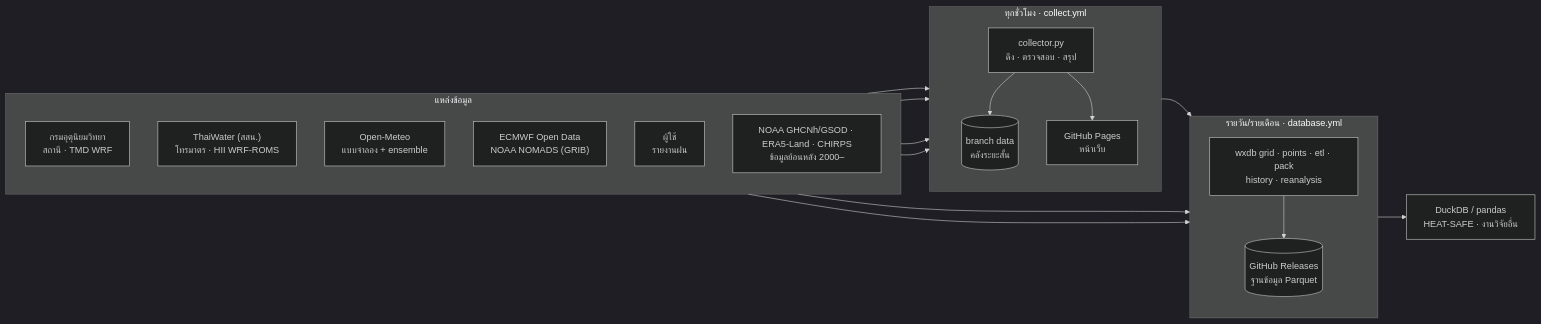
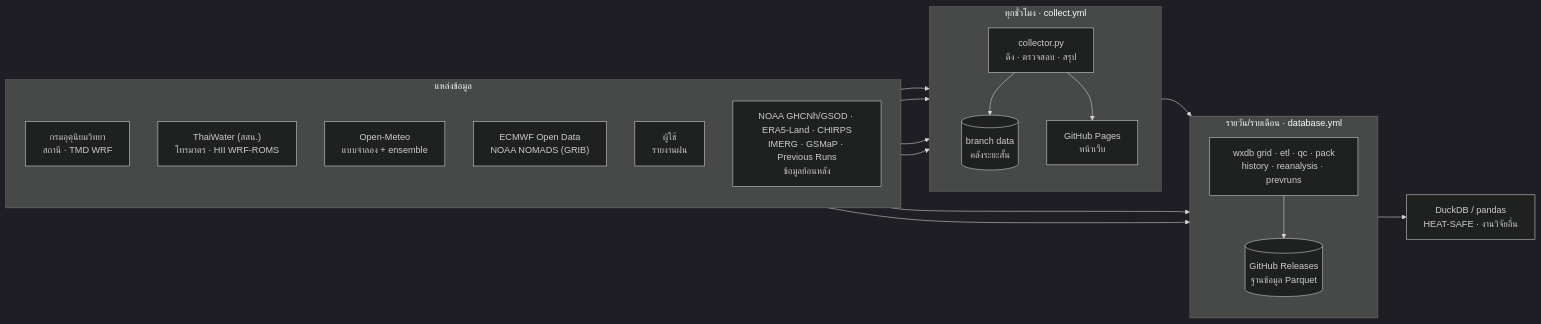
The first of 2 diagrams in README.md (Navavit/burana), drawn with Mermaid (dark theme) before and after one commit. The commit also changed other lines of this file and 13 other files, not shown here.

````diff
--- a/README.md
+++ b/README.md
@@ -20,27 +20,27 @@
 ```mermaid
 flowchart LR
   subgraph SRC["แหล่งข้อมูล"]
     direction TB
     S1["กรมอุตุนิยมวิทยา<br/>สถานี · TMD WRF"]
     S2["ThaiWater (สสน.)<br/>โทรมาตร · HII WRF-ROMS"]
     S3["Open-Meteo<br/>แบบจำลอง + ensemble"]
     S5["ECMWF Open Data<br/>NOAA NOMADS (GRIB)"]
     S7["ผู้ใช้<br/>รายงานฝน"]
-    S8["NOAA GHCNh/GSOD · ERA5-Land · CHIRPS<br/>ข้อมูลย้อนหลัง 2000–"]
+    S8["NOAA GHCNh/GSOD · ERA5-Land · CHIRPS<br/>IMERG · GSMaP · Previous Runs<br/>ข้อมูลย้อนหลัง"]
   end
   subgraph HOURLY["ทุกชั่วโมง · collect.yml"]
     direction TB
     C1["collector.py<br/>ดึง · ตรวจสอบ · สรุป"]
     C2[("branch data<br/>คลังระยะสั้น")]
     C3["GitHub Pages<br/>หน้าเว็บ"]
   end
   subgraph DB["รายวัน/รายเดือน · database.yml"]
     direction TB
-    D1["wxdb grid · points · etl · pack<br/>history · reanalysis"]
+    D1["wxdb grid · etl · qc · pack<br/>history · reanalysis · prevruns"]
     R1[("GitHub Releases<br/>ฐานข้อมูล Parquet")]
   end
   U1["DuckDB / pandas<br/>HEAT-SAFE · งานวิจัยอื่น"]
   S1 & S2 & S3 & S7 --> C1 --> C2 & C3
   S5 & S8 --> D1
   C2 --> D1 --> R1 --> U1
 ```
````
